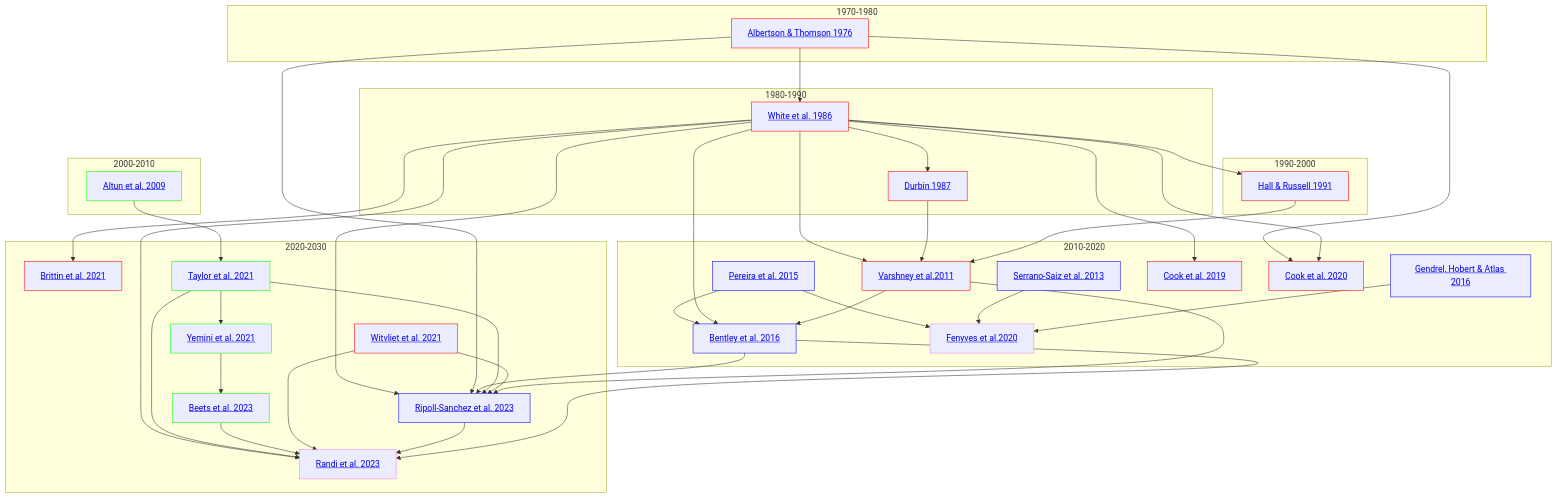
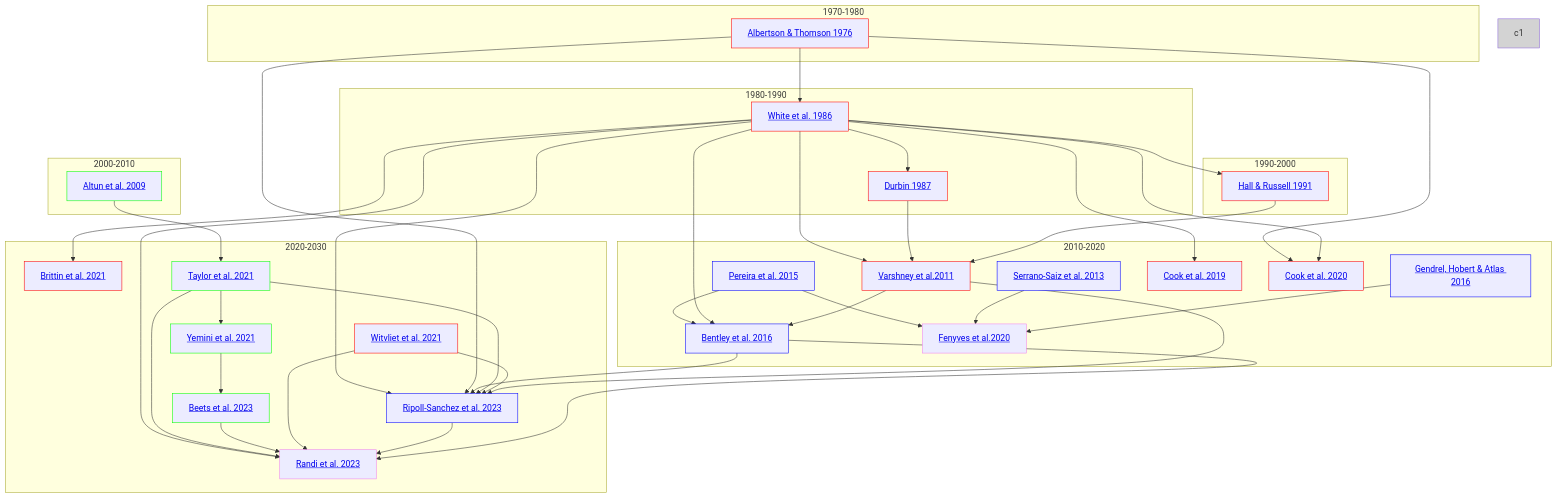
The diagram in Timeline.md (yasinthanvickneswaran/mermaidtest), drawn with Mermaid before and after one commit.

````diff
--- a/Timeline.md
+++ b/Timeline.md
@@ -1,67 +1,68 @@
 ```mermaid
 flowchart TD
     classDef anat stroke:#f00
     classDef gene stroke:#0f0
     classDef es stroke:#00f
     classDef func stroke:#ee82ee
 
 
     subgraph 1970-1980
+    style c1 fill: lightgray
     A1[<a href='https://github.com/yasinthanvickneswaran/ConnectomeToolbox/blob/main/docs/Albertson_Thompson_1976.md' >Albertson & Thomson 1976</a>]:::anat
     end
     subgraph 1980-1990
     A[<a href='https://github.com/yasinthanvickneswaran/ConnectomeToolbox/blob/main/docs/White_1986.md' >White et al. 1986</a>]:::anat & B[<a href='https://github.com/yasinthanvickneswaran/ConnectomeToolbox/blob/main/docs/Durbin_1987.md' >Durbin 1987</a>]:::anat
     end
 
     subgraph 1990-2000
     A2[<a href='https://github.com/yasinthanvickneswaran/ConnectomeToolbox/blob/main/docs/Hall_1991.md' >Hall & Russell 1991</a>]:::anat
     end
 
     subgraph 2000-2010
     C[<a href='https://github.com/yasinthanvickneswaran/ConnectomeToolbox/blob/main/docs/Altun_2009.md' >Altun et al. 2009</a>]:::gene 
     end
 
     subgraph 2010-2020
     D[<a href='https://github.com/yasinthanvickneswaran/ConnectomeToolbox/blob/main/docs/Varshney_2011.md' >Varshney et al.2011</a>]:::anat & E[<a href='https://github.com/yasinthanvickneswaran/ConnectomeToolbox/blob/main/docs/Pereira_2015.md' >Pereira et al. 2015</a>]:::es & E1[<a href='https://github.com/yasinthanvickneswaran/ConnectomeToolbox/blob/main/docs/Serrano_2013.md' >Serrano-Saiz et al. 2013</a>]:::es  & E2[<a href='https://github.com/yasinthanvickneswaran/ConnectomeToolbox/blob/main/docs/Gendrel_2016.md' >Gendrel, Hobert & Atlas 2016</a>]:::es & F[<a href='https://github.com/yasinthanvickneswaran/ConnectomeToolbox/blob/main/docs/Bentley_2016.md' >Bentley et al. 2016 </a>]:::es & G[<a href='https://github.com/yasinthanvickneswaran/ConnectomeToolbox/blob/main/docs/Cook_2019.md' >Cook et al. 2019</a>]:::anat & H[<a href='https://github.com/yasinthanvickneswaran/ConnectomeToolbox/blob/main/docs/Fenyves_2020.md' >Fenyves et al.2020</a>]:::func & I[<a href='https://github.com/yasinthanvickneswaran/ConnectomeToolbox/blob/main/docs/Cook_2020.md' >Cook et al. 2020</a>]:::anat
     end
 
     subgraph 2020-2030
     J[<a href='https://github.com/yasinthanvickneswaran/ConnectomeToolbox/blob/main/docs/Brittin_2021.md' >Brittin et al. 2021</a>]:::anat & K[<a href='https://github.com/yasinthanvickneswaran/ConnectomeToolbox/blob/main/docs/Witvliet_2021.md' >Witvliet et al. 2021</a>]:::anat & L[<a href='https://github.com/yasinthanvickneswaran/ConnectomeToolbox/blob/main/docs/Taylor_2021.md' >Taylor et al. 2021</a>]:::gene & M[<a href='https://github.com/yasinthanvickneswaran/ConnectomeToolbox/blob/main/docs/Yemini_2021.md' >Yemini et al. 2021</a>]:::gene & N[<a href='https://github.com/yasinthanvickneswaran/ConnectomeToolbox/blob/main/docs/Beets_2023.md' >Beets et al. 2023</a>]:::gene & P[<a href='https://github.com/yasinthanvickneswaran/ConnectomeToolbox/blob/main/docs/Randi_2023.md' >Randi et al. 2023</a>]:::func & NP[<a href='https://github.com/yasinthanvickneswaran/ConnectomeToolbox/blob/main/docs/Ripoll_2023.md' >Ripoll-Sanchez et al. 2023</a>]:::es
     end     
 
 
     E --> H
     E1 --> H
     E2 --> H
     E --> F
     C --> L
     L --> M
     M --> N
     A --> B
     A1 --> A
     A1 --> I
     A  --> A2
     A --> D
     B --> D
     A2 --> D
     A --> G
     A --> I
     A --> J
     A --> F
     D --> F
     A --> NP
     A1 --> NP
     F --> NP
     L --> NP
     K --> NP
     D --> NP
     A --> P
     L --> P
     N --> P
     K --> P
     NP --> P
     F --> P
 
     
     
 ```
````
